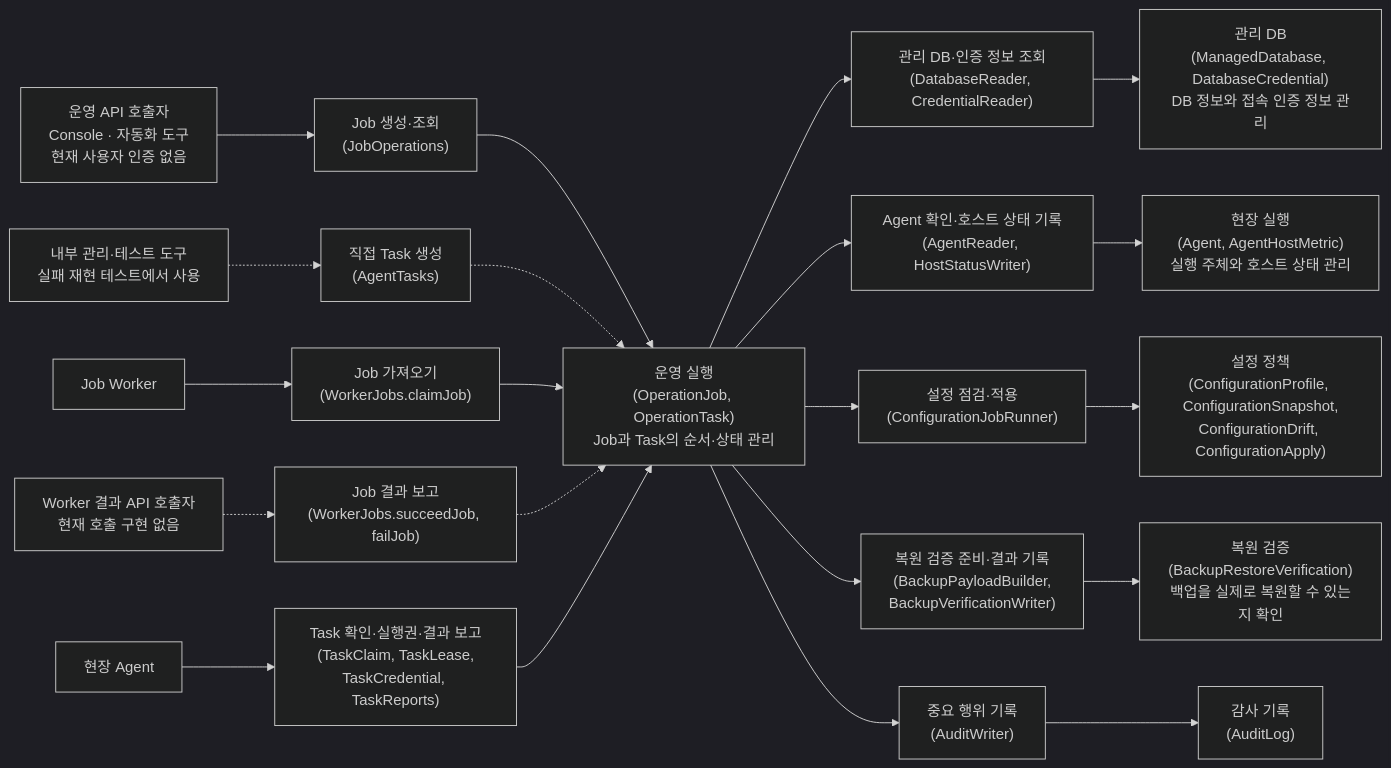
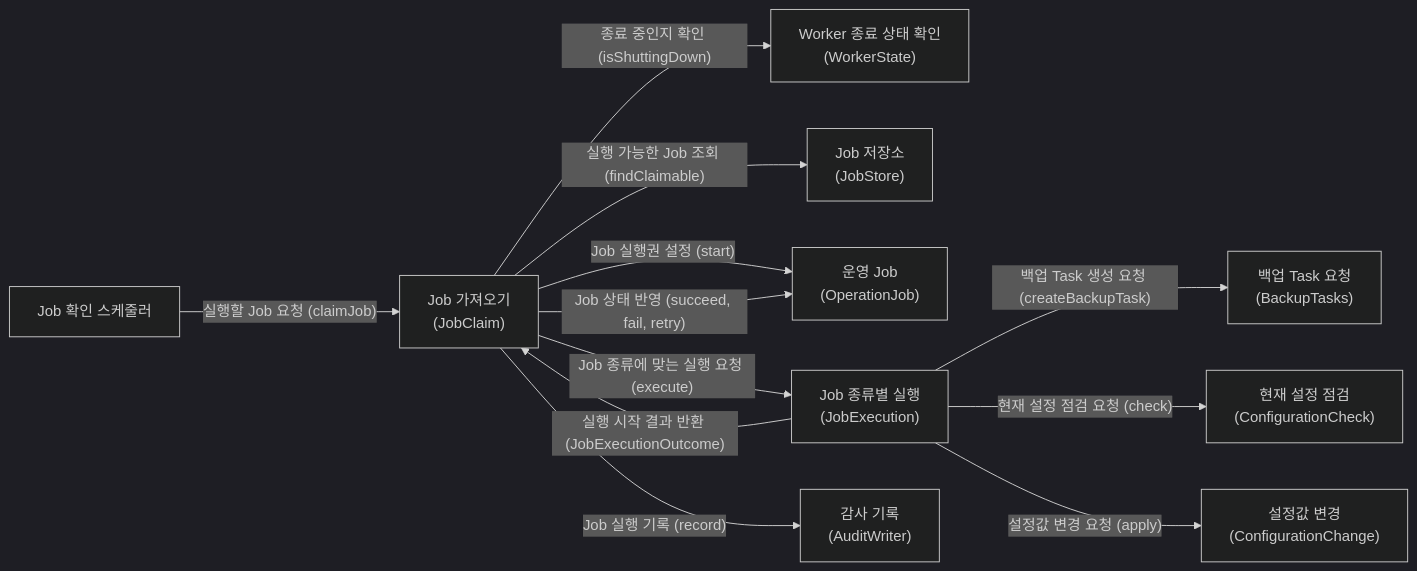
One commit to hsjni0110/db-fleet-ops changed the third of 10 diagrams in docs/diagram/도메인 의존 관계.md. Above: the diagram before and after it, drawn with Mermaid (dark theme). The commit also changed other lines of this file and 291 other files, not shown here.

````diff
--- a/docs/diagram/도메인 의존 관계.md
+++ b/docs/diagram/도메인 의존 관계.md
@@ -5,33 +55,25 @@
 ```mermaid
 flowchart LR
-    REQUESTER["운영 API 호출자<br/>Console · 자동화 도구<br/>현재 사용자 인증 없음"]
-    INTERNAL["내부 관리·테스트 도구<br/>실패 재현 테스트에서 사용"]
-    WORKER[Job Worker]
-    WORKER_CLIENT["Worker 결과 API 호출자<br/>현재 호출 구현 없음"]
-    AGENT_APP[현장 Agent]
+    SCHEDULER[Job 확인 스케줄러]
+    CLAIM["Job 가져오기<br/>(JobClaim)"]
+    WORKER_STATE["Worker 종료 상태 확인<br/>(WorkerState)"]
+    STORE["Job 저장소<br/>(JobStore)"]
+    JOB["운영 Job<br/>(OperationJob)"]
+    BACKUP["백업 Task 요청<br/>(BackupTasks)"]
+    CONFIG_CHECK["현재 설정 점검<br/>(ConfigurationCheck)"]
+    CONFIG_CHANGE["설정값 변경<br/>(ConfigurationChange)"]
+    EXECUTION["Job 종류별 실행<br/>(JobExecution)"]
+    AUDIT["감사 기록<br/>(AuditWriter)"]
 
-    JOB_API["Job 생성·조회<br/>(JobOperations)"]
-    TASK_API["직접 Task 생성<br/>(AgentTasks)"]
-    WORKER_PICKUP["Job 가져오기<br/>(WorkerJobs.claimJob)"]
-    WORKER_REPORT["Job 결과 보고<br/>(WorkerJobs.succeedJob, failJob)"]
-    AGENT_API["Task 확인·실행권·결과 보고<br/>(TaskClaim, TaskLease,<br/>TaskCredential, TaskReports)"]
-
-    OPERATION["운영 실행<br/>(OperationJob, OperationTask)<br/>Job과 Task의 순서·상태 관리"]
-    INVENTORY["관리 DB<br/>(ManagedDatabase, DatabaseCredential)<br/>DB 정보와 접속 인증 정보 관리"]
-    AGENT["현장 실행<br/>(Agent, AgentHostMetric)<br/>실행 주체와 호스트 상태 관리"]
-    POLICY["설정 정책<br/>(ConfigurationProfile, ConfigurationSnapshot,<br/>ConfigurationDrift, ConfigurationApply)"]
-    BACKUP["복원 검증<br/>(BackupRestoreVerification)<br/>백업을 실제로 복원할 수 있는지 확인"]
-    AUDIT["감사 기록<br/>(AuditLog)"]
-
-    REQUESTER --> JOB_API --> OPERATION
-    INTERNAL -.-> TASK_API -.-> OPERATION
-    WORKER --> WORKER_PICKUP --> OPERATION
-    WORKER_CLIENT -.-> WORKER_REPORT -.-> OPERATION
-    AGENT_APP --> AGENT_API --> OPERATION
-
-    OPERATION --> DB_PORT["관리 DB·인증 정보 조회<br/>(DatabaseReader, CredentialReader)"] --> INVENTORY
-    OPERATION --> AGENT_PORT["Agent 확인·호스트 상태 기록<br/>(AgentReader, HostStatusWriter)"] --> AGENT
-    OPERATION --> POLICY_PORT["설정 점검·적용<br/>(ConfigurationJobRunner)"] --> POLICY
-    OPERATION --> BACKUP_PORT["복원 검증 준비·결과 기록<br/>(BackupPayloadBuilder,<br/>BackupVerificationWriter)"] --> BACKUP
-    OPERATION --> AUDIT_PORT["중요 행위 기록<br/>(AuditWriter)"] --> AUDIT
+    SCHEDULER -->|"실행할 Job 요청 (claimJob)"| CLAIM
+    CLAIM -->|"종료 중인지 확인 (isShuttingDown)"| WORKER_STATE
+    CLAIM -->|"실행 가능한 Job 조회 (findClaimable)"| STORE
+    CLAIM -->|"Job 실행권 설정 (start)"| JOB
+    CLAIM -->|"Job 종류에 맞는 실행 요청 (execute)"| EXECUTION
+    EXECUTION -->|"백업 Task 생성 요청 (createBackupTask)"| BACKUP
+    EXECUTION -->|"현재 설정 점검 요청 (check)"| CONFIG_CHECK
+    EXECUTION -->|"설정값 변경 요청 (apply)"| CONFIG_CHANGE
+    EXECUTION -->|"실행 시작 결과 반환 (JobExecutionOutcome)"| CLAIM
+    CLAIM -->|"Job 상태 반영 (succeed, fail, retry)"| JOB
+    CLAIM -->|"Job 실행 기록 (record)"| AUDIT
 ```
````
